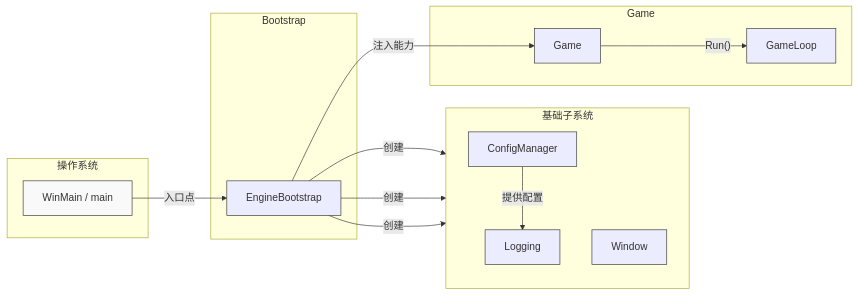
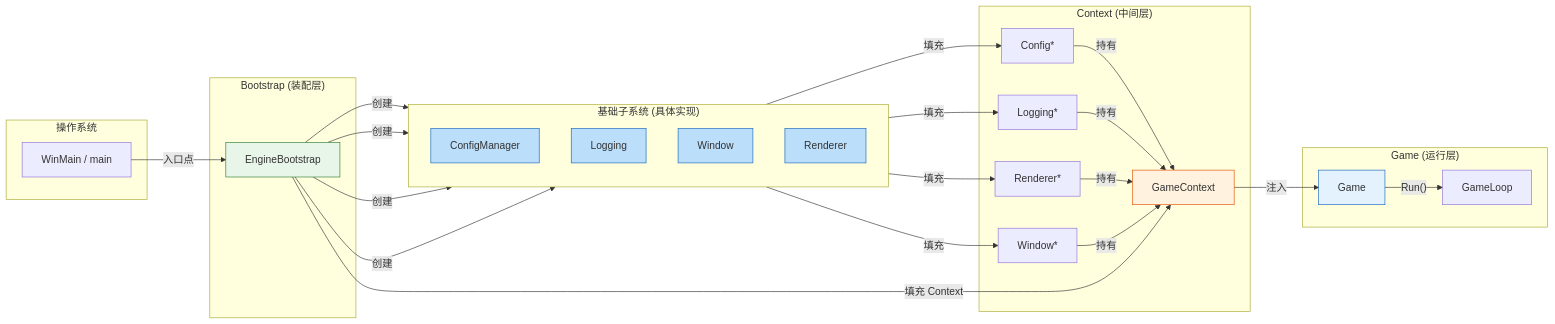
Before and after one commit to Gunxzq/DX12_Base: the fifth of 5 diagrams in Docs/Engine/Bootstrap.md, drawn with Mermaid. The commit also changed other lines of this file and 2 other files, not shown here.

````diff
--- a/Docs/Engine/Bootstrap.md
+++ b/Docs/Engine/Bootstrap.md
@@ -237,50 +278,60 @@
 ```mermaid
 graph LR
     subgraph "操作系统"
         Main["WinMain / main"]
     end
 
-    subgraph "Bootstrap"
+    subgraph "Bootstrap (装配层)"
         EB["EngineBootstrap"]
     end
 
-    subgraph "基础子系统"
+    subgraph "Context (中间层)"
+        CTX["GameContext"]
+        CTX1["Window*"]
+        CTX2["Renderer*"]
+        CTX3["Logging*"]
+        CTX4["Config*"]
+    end
+
+    subgraph "基础子系统 (具体实现)"
         direction TB
         CM["ConfigManager"]
         Log["Logging"]
         Win["Window"]
+        Ren["Renderer"]
     end
 
-    subgraph "Game"
+    subgraph "Game (运行层)"
         G["Game"]
         GL["GameLoop"]
     end
 
     %% 关系连接
     Main -->|"入口点"| EB
-    
+
     EB -->|"创建"| CM
     EB -->|"创建"| Log
     EB -->|"创建"| Win
-    EB -->|"注入能力"| G
-    
-    CM -->|"提供配置"| Log
-    
+    EB -->|"创建"| Ren
+
+    CM -->|"填充"| CTX4
+    Log -->|"填充"| CTX3
+    Win -->|"填充"| CTX1
+    Ren -->|"填充"| CTX2
+
+    CTX4 & CTX3 & CTX2 & CTX1 -->|"持有"| CTX
+
+    EB -->|"填充 Context"| CTX
+    CTX -->|"注入"| G
+
     G -->|"Run()"| GL
 
-    %% 样式定义 (对应原 PlantUML 颜色)
-    style EB fill:#palegreen,stroke:#333,stroke-width:1px
-    
-    style CM fill:#lightblue,stroke:#333,stroke-width:1px
-    style Log fill:#lightblue,stroke:#333,stroke-width:1px
-    style Win fill:#lightblue,stroke:#333,stroke-width:1px
-    
-    style G fill:#lightcyan,stroke:#333,stroke-width:1px
-    style GL fill:#lightcyan,stroke:#333,stroke-width:1px
-    
-    style Main fill:#f9f9f9,stroke:#333,stroke-width:1px
-
-    %% 注释说明 (通过子图标题或节点文本体现，保持图表简洁)
-    click EB "javascript:void(0)" "Bootstrap职责: 加载配置、初始化子系统、异常处理、能力注入" _blank
-    click G "javascript:void(0)" "Game职责: 持有主循环、组合游戏逻辑、管理生命周期" _blank
+    %% 样式定义
+    style EB fill:#e8f5e9,stroke:#2e7d32
+    style CTX fill:#fff3e0,stroke:#e65100
+    style G fill:#e3f2fd,stroke:#1565c0
+    style CM fill:#bbdefb,stroke:#1565c0
+    style Log fill:#bbdefb,stroke:#1565c0
+    style Win fill:#bbdefb,stroke:#1565c0
+    style Ren fill:#bbdefb,stroke:#1565c0
 ```
````
